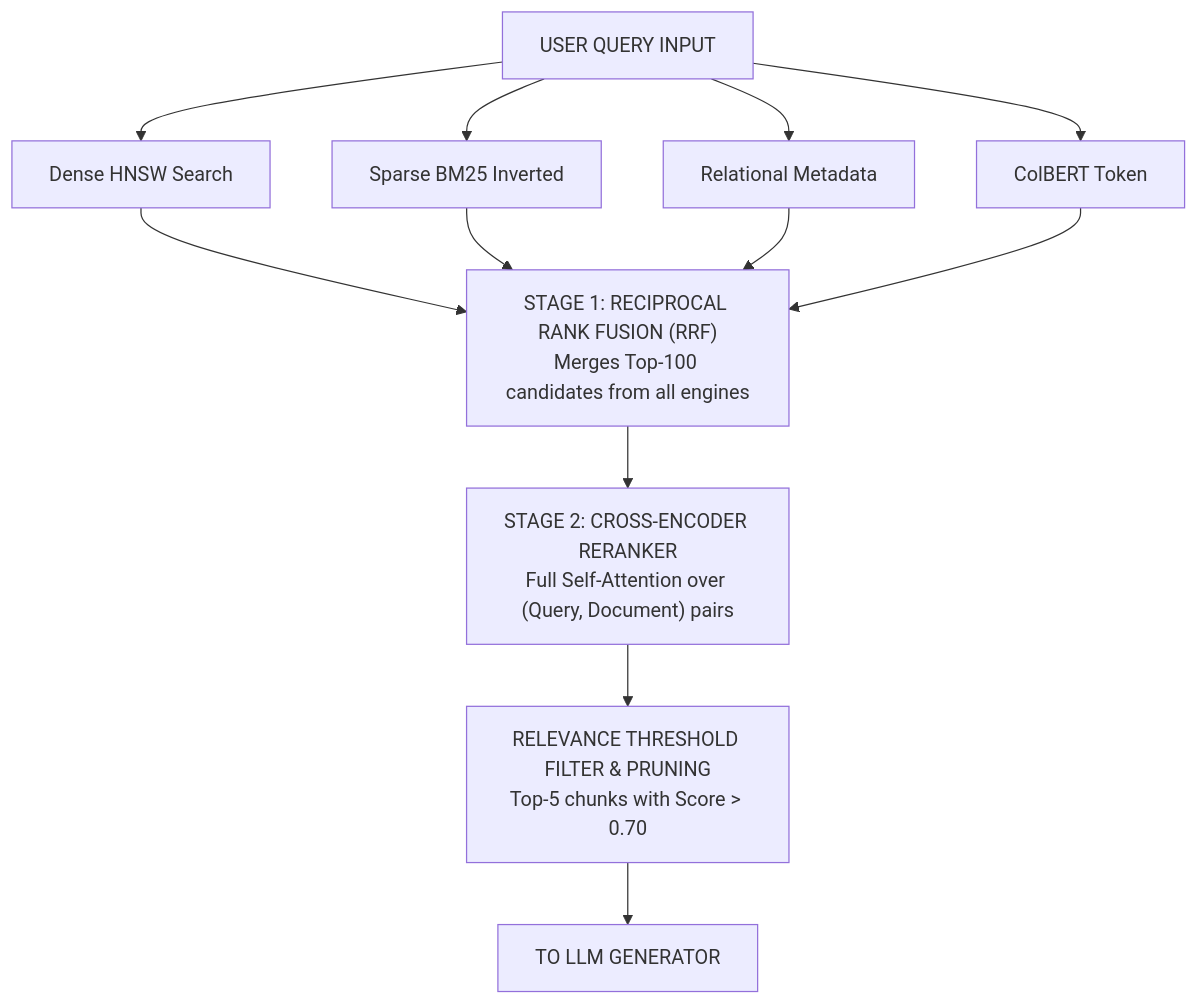
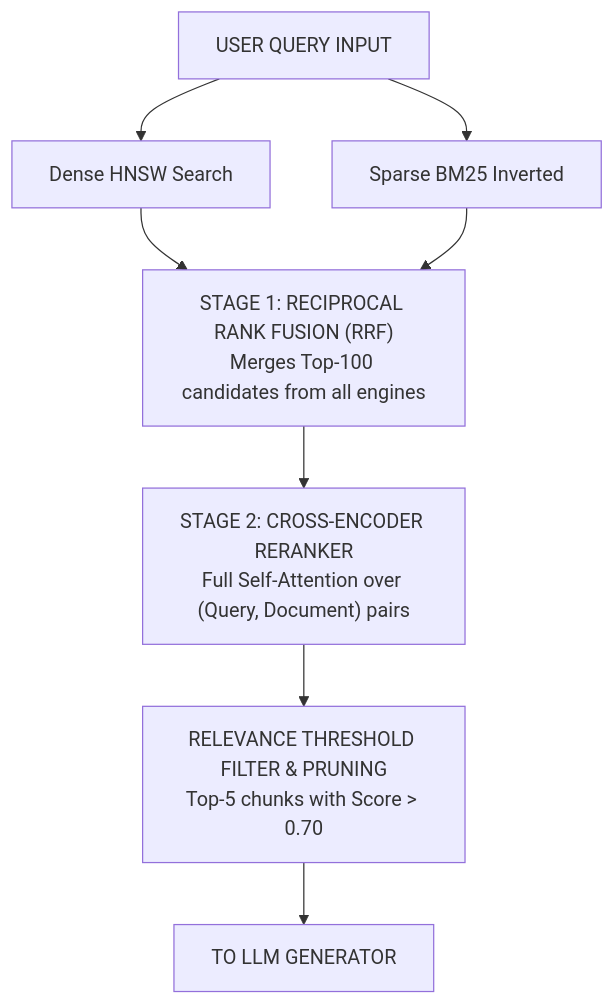
One commit to dip4k/senior-engineer-to-ai-engineer-roadmap changed the fourth of 4 diagrams in 02-rag-and-knowledge-systems/README.md. Above: the diagram before and after it, drawn with Mermaid. The commit also changed other lines of this file and 39 other files, not shown here.

First line of the commit message:
Enhance use case documentation for Enterprise AI, including new architectural standards and resilience implementations

````diff
--- a/02-rag-and-knowledge-systems/README.md
+++ b/02-rag-and-knowledge-systems/README.md
@@ -278,16 +101,12 @@
 ```mermaid
 flowchart TD
     Query["USER QUERY INPUT"] --> Dense["Dense HNSW Search"]
     Query --> Sparse["Sparse BM25 Inverted"]
-    Query --> Rel["Relational Metadata"]
-    Query --> Col["ColBERT Token"]
     
     Dense --> RRF["STAGE 1: RECIPROCAL RANK FUSION (RRF)<br>Merges Top-100 candidates from all engines"]
     Sparse --> RRF
-    Rel --> RRF
-    Col --> RRF
     
     RRF --> Rerank["STAGE 2: CROSS-ENCODER RERANKER<br>Full Self-Attention over (Query, Document) pairs"]
     Rerank --> Filter["RELEVANCE THRESHOLD FILTER & PRUNING<br>Top-5 chunks with Score > 0.70"]
     Filter --> LLM["TO LLM GENERATOR"]
 ```
````
